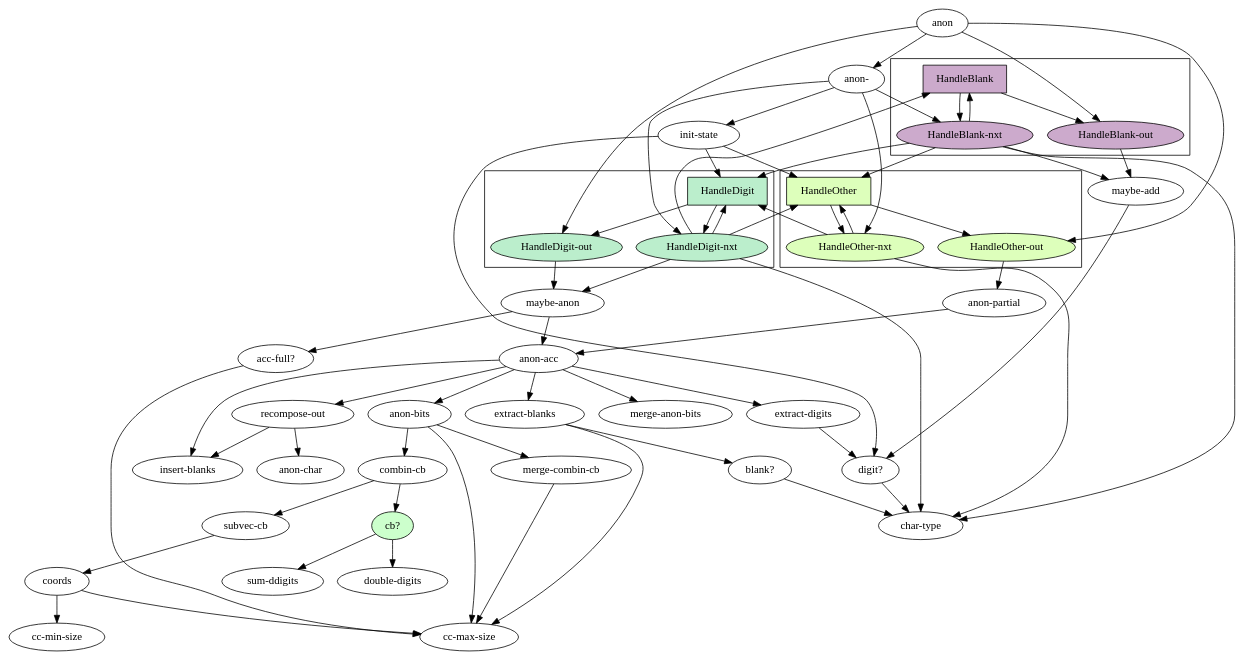
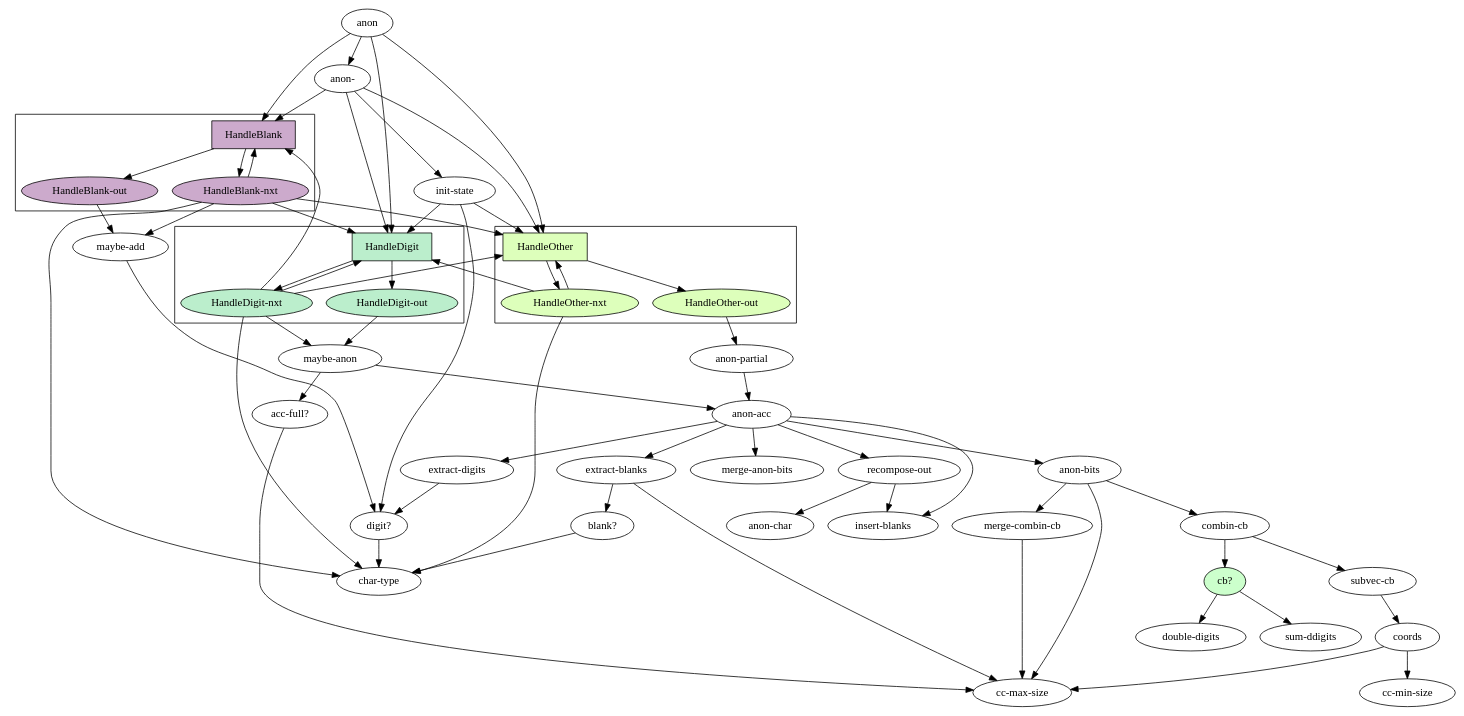
Before and after one commit to denlab/luhn-challenge: the diagram in doc/algo.dot, drawn with Graphviz. The commit also changed 1 other file, not shown here.

Commit message:
Update on the graph.

```diff
--- a/doc/algo.dot
+++ b/doc/algo.dot
@@ -1,110 +1,110 @@
 digraph {
         "HandleDigit"[shape=record,style=filled,fillcolor="#BBEECC"];
         "HandleDigit-nxt"[style=filled,fillcolor="#BBEECC"];
         "HandleDigit-out"[style=filled,fillcolor="#BBEECC"];       
 
         "HandleBlank"[shape=record,style=filled,fillcolor="#CCAACC"];
         "HandleBlank-nxt"[style=filled,fillcolor="#CCAACC"];
         "HandleBlank-out"[style=filled,fillcolor="#CCAACC"];       
 
         "HandleOther"[shape=record,style=filled,fillcolor="#DDFFBB"];
         "HandleOther-nxt"[style=filled,fillcolor="#DDFFBB"];
         "HandleOther-out"[style=filled,fillcolor="#DDFFBB"];       
         
         "cb?"[style=filled,fillcolor="#CCFFCC"];
 
         "init-state" -> "HandleDigit";
         "init-state" -> "HandleOther";
         "init-state" -> "digit?";
 
         "anon-" -> "init-state";
-        "anon-" -> "HandleDigit-nxt";
-        "anon-" -> "HandleBlank-nxt";
-        "anon-" -> "HandleOther-nxt";
+        "anon-" -> "HandleDigit";
+        "anon-" -> "HandleBlank";
+        "anon-" -> "HandleOther";
 
         "anon" -> "anon-";
-        "anon" -> "HandleDigit-out";
-        "anon" -> "HandleBlank-out";
-        "anon" -> "HandleOther-out";
+        "anon" -> "HandleDigit";
+        "anon" -> "HandleBlank";
+        "anon" -> "HandleOther";
 
         subgraph "cluster-states-HandleOther" {
                 "HandleOther" -> "HandleOther-nxt";
                 "HandleOther" -> "HandleOther-out";
         }
         
         subgraph "cluster-states-HandleDigit" {
                 "HandleDigit" -> "HandleDigit-nxt";
                 "HandleDigit" -> "HandleDigit-out";
         }
         
         subgraph "cluster-states-HandleBlank" {
                 "HandleBlank" -> "HandleBlank-nxt";
                 "HandleBlank" -> "HandleBlank-out";
         }
         "HandleOther-nxt" -> "char-type";
         "HandleOther-nxt" -> "HandleOther";
         "HandleOther-nxt" -> "HandleDigit";
         
         "HandleOther-out" -> "anon-partial";
         
         "HandleBlank-nxt" -> "char-type";
         "HandleBlank-nxt" -> "maybe-add";
         "HandleBlank-nxt" -> "HandleDigit";
         "HandleBlank-nxt" -> "HandleBlank";
         "HandleBlank-nxt" -> "HandleOther";
         
         "HandleBlank-out" -> "maybe-add";
         
         "HandleDigit-nxt" -> "char-type";
         "HandleDigit-nxt" -> "maybe-anon";
         "HandleDigit-nxt" -> "HandleDigit";
         "HandleDigit-nxt" -> "HandleBlank";
         "HandleDigit-nxt" -> "HandleOther";
         
         "HandleDigit-out" -> "maybe-anon";
 
         "anon-partial" -> "anon-acc";
 
         "maybe-add" -> "digit?";
 
         "acc-full?" -> "cc-max-size";
 
         "blank?" -> "char-type";
 
         "extract-blanks" -> "cc-max-size";
         "extract-blanks" -> "blank?";
 
         "digit?" -> "char-type";
 
         "extract-digits" -> "digit?";
 
         "recompose-out" -> "anon-char";
         "recompose-out" -> "insert-blanks";
 
         "merge-combin-cb" -> "cc-max-size";
 
         "coords" -> "cc-min-size";
         "coords" -> "cc-max-size";
 
         "subvec-cb" -> "coords";
 
         "cb?" -> "sum-ddigits";
         "cb?" -> "double-digits";
 
         "combin-cb" -> "subvec-cb";
         "combin-cb" -> "cb?";
 
         "anon-bits" -> "cc-max-size";
         "anon-bits" -> "combin-cb";
         "anon-bits" -> "merge-combin-cb";
 
         "anon-acc" -> "extract-digits";
         "anon-acc" -> "extract-blanks";
         "anon-acc" -> "anon-bits";
         "anon-acc" -> "merge-anon-bits";
         "anon-acc" -> "recompose-out";
         "anon-acc" -> "insert-blanks";
 
         "maybe-anon" -> "acc-full?";
         "maybe-anon" -> "anon-acc";
 }
```
